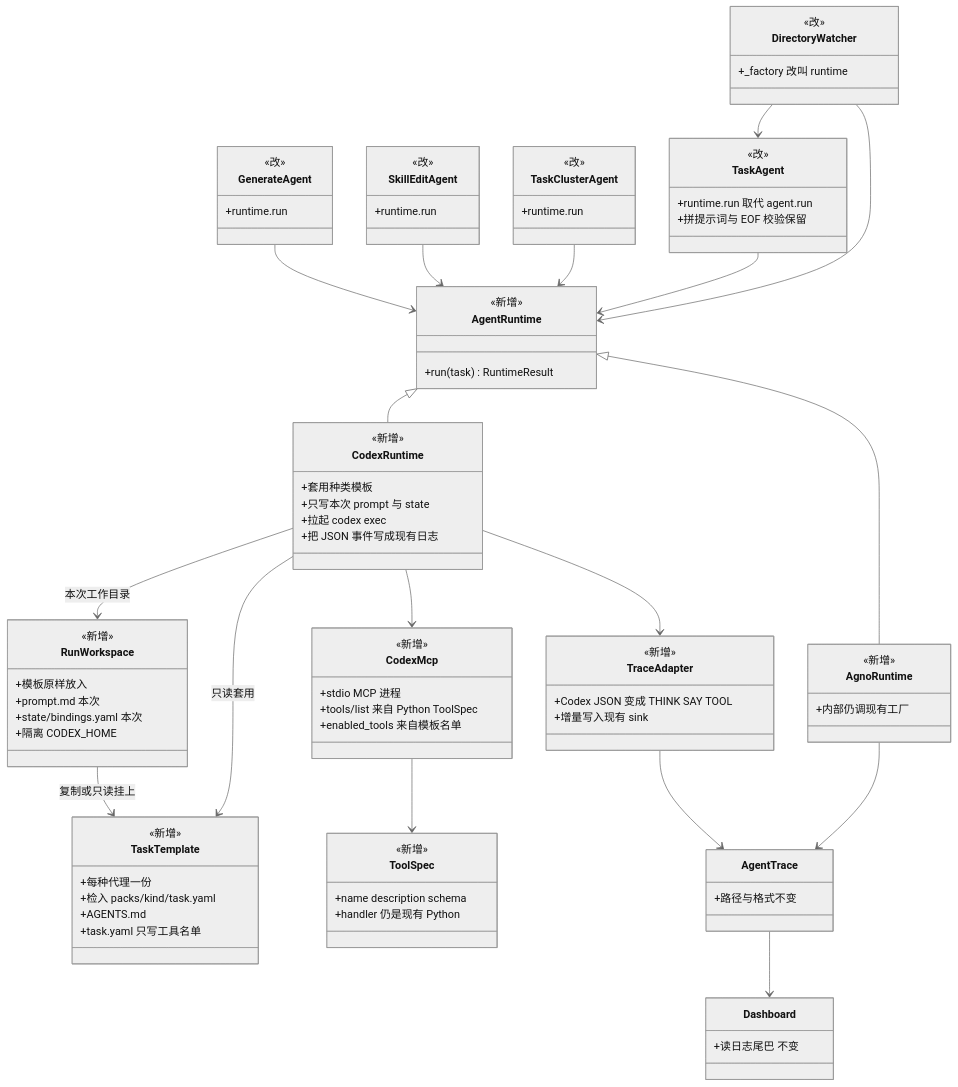
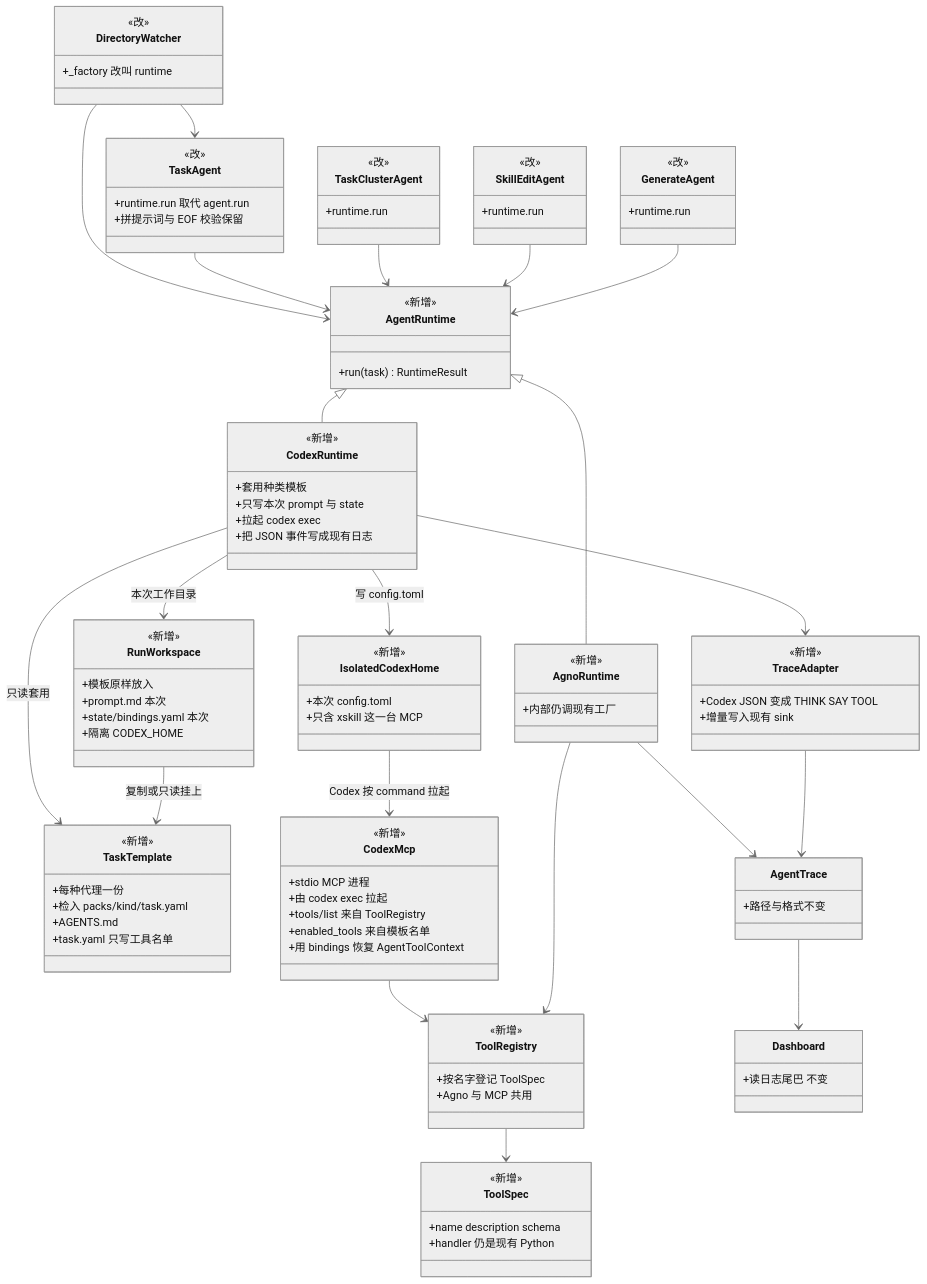
Before and after one commit to SkillNerds/xskill: the second of 7 diagrams in docs/plans/2026-09-01-codex-execution-kernel.md, drawn with Mermaid (neutral theme). The commit also changed other lines of this file, not shown here.

First line of the commit message:
docs: 补上蒸馏工具经 MCP 注入的设计

````diff
--- a/docs/plans/2026-09-01-codex-execution-kernel.md
+++ b/docs/plans/2026-09-01-codex-execution-kernel.md
@@ -212,11 +212,23 @@
         +name description schema
         +handler 仍是现有 Python
     }
+    class ToolRegistry {
+        <<新增>>
+        +按名字登记 ToolSpec
+        +Agno 与 MCP 共用
+    }
+    class IsolatedCodexHome {
+        <<新增>>
+        +本次 config.toml
+        +只含 xskill 这一台 MCP
+    }
     class CodexMcp {
         <<新增>>
         +stdio MCP 进程
-        +tools/list 来自 Python ToolSpec
+        +由 codex exec 拉起
+        +tools/list 来自 ToolRegistry
         +enabled_tools 来自模板名单
+        +用 bindings 恢复 AgentToolContext
     }
     class TraceAdapter {
         <<新增>>
@@ -241,10 +253,13 @@
     CodexRuntime --> TaskTemplate : 只读套用
     CodexRuntime --> RunWorkspace : 本次工作目录
     RunWorkspace --> TaskTemplate : 复制或只读挂上
-    CodexRuntime --> CodexMcp
+    CodexRuntime --> IsolatedCodexHome : 写 config.toml
     CodexRuntime --> TraceAdapter
+    IsolatedCodexHome --> CodexMcp : Codex 按 command 拉起
+    CodexMcp --> ToolRegistry
+    ToolRegistry --> ToolSpec
+    AgnoRuntime --> ToolRegistry
     AgnoRuntime --> AgentTrace
     TraceAdapter --> AgentTrace
-    CodexMcp --> ToolSpec
     AgentTrace --> Dashboard
 ```
````
